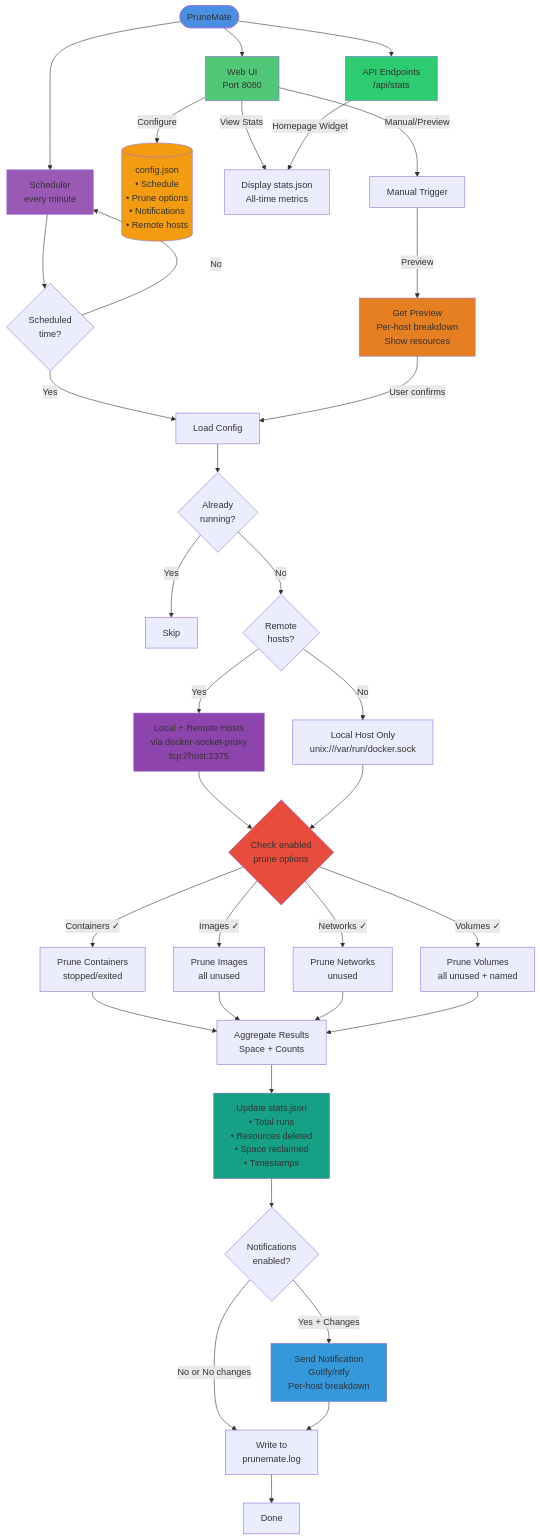
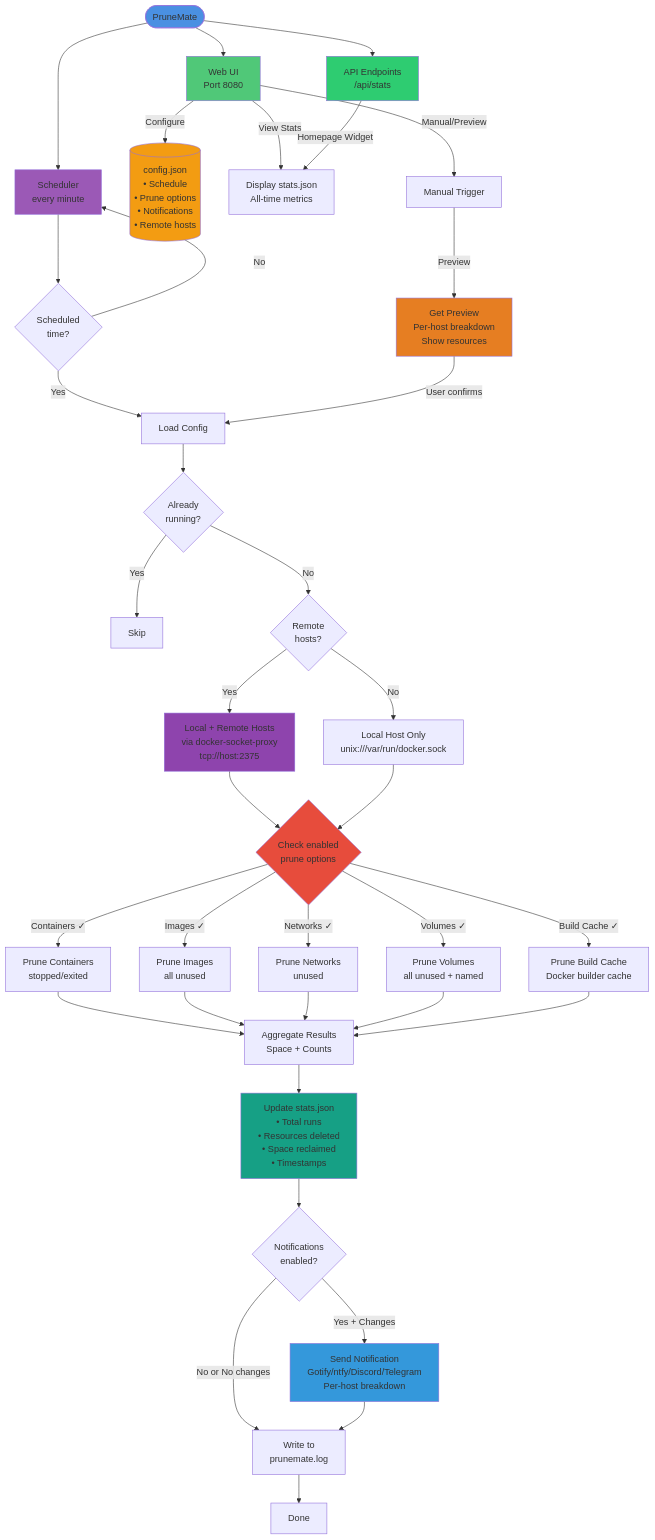
One commit to hbestm/PruneMate-CN changed the diagram in ARCHITECTURE.md. Above: the diagram before and after it, drawn with Mermaid. The commit also changed other lines of this file and 4 other files, not shown here.

Commit message:
V1.2.9 - Docker Build Cache cleaning support, Telegram & Discord notifications support, Notifications priorities

````diff
--- a/ARCHITECTURE.md
+++ b/ARCHITECTURE.md
@@ -7,59 +7,61 @@
 ```mermaid
 flowchart TD
     Start([PruneMate]) --> WebUI[Web UI<br/>Port 8080]
     Start --> Scheduler[Scheduler<br/>every minute]
     Start --> API[API Endpoints<br/>/api/stats]
     
     WebUI --> |Configure| Config[(config.json<br/>• Schedule<br/>• Prune options<br/>• Notifications<br/>• Remote hosts)]
     WebUI --> |View Stats| StatsUI[Display stats.json<br/>All-time metrics]
     WebUI --> |Manual/Preview| Manual[Manual Trigger]
     API --> |Homepage Widget| StatsUI
     
     Scheduler --> CheckTime{Scheduled<br/>time?}
     CheckTime --> |No| Scheduler
     CheckTime --> |Yes| LoadConfig[Load Config]
     
     Manual --> |Preview| Preview[Get Preview<br/>Per-host breakdown<br/>Show resources]
     Preview --> |User confirms| LoadConfig
     
     LoadConfig --> Lock{Already<br/>running?}
     Lock --> |Yes| Skip[Skip]
     Lock --> |No| CheckHosts{Remote<br/>hosts?}
     
     CheckHosts --> |Yes| Remote[Local + Remote Hosts<br/>via docker-socket-proxy<br/>tcp://host:2375]
     CheckHosts --> |No| Local[Local Host Only<br/>unix:///var/run/docker.sock]
     
     Remote --> CheckOptions
     Local --> CheckOptions
     
     CheckOptions{Check enabled<br/>prune options}
     CheckOptions --> |Containers ✓| PruneC[Prune Containers<br/>stopped/exited]
     CheckOptions --> |Images ✓| PruneI[Prune Images<br/>all unused]
     CheckOptions --> |Networks ✓| PruneN[Prune Networks<br/>unused]
     CheckOptions --> |Volumes ✓| PruneV[Prune Volumes<br/>all unused + named]
+    CheckOptions --> |Build Cache ✓| PruneB[Prune Build Cache<br/>Docker builder cache]
     
     PruneC --> Aggregate
     PruneI --> Aggregate
     PruneN --> Aggregate
     PruneV --> Aggregate
+    PruneB --> Aggregate
     
     Aggregate[Aggregate Results<br/>Space + Counts] --> Stats[Update stats.json<br/>• Total runs<br/>• Resources deleted<br/>• Space reclaimed<br/>• Timestamps]
     
     Stats --> Notify{Notifications<br/>enabled?}
     
-    Notify --> |Yes + Changes| Send[Send Notification<br/>Gotify/ntfy<br/>Per-host breakdown]
+    Notify --> |Yes + Changes| Send[Send Notification<br/>Gotify/ntfy/Discord/Telegram<br/>Per-host breakdown]
     Notify --> |No or No changes| Log[Write to<br/>prunemate.log]
     Send --> Log
     Log --> Done[Done]
     
     style Start fill:#4a90e2
     style WebUI fill:#50c878
     style Scheduler fill:#9b59b6
     style Config fill:#f39c12
     style CheckOptions fill:#e74c3c
     style Stats fill:#16a085
     style Send fill:#3498db
     style Preview fill:#e67e22
     style API fill:#2ecc71
     style Remote fill:#8e44ad
 ```
````
